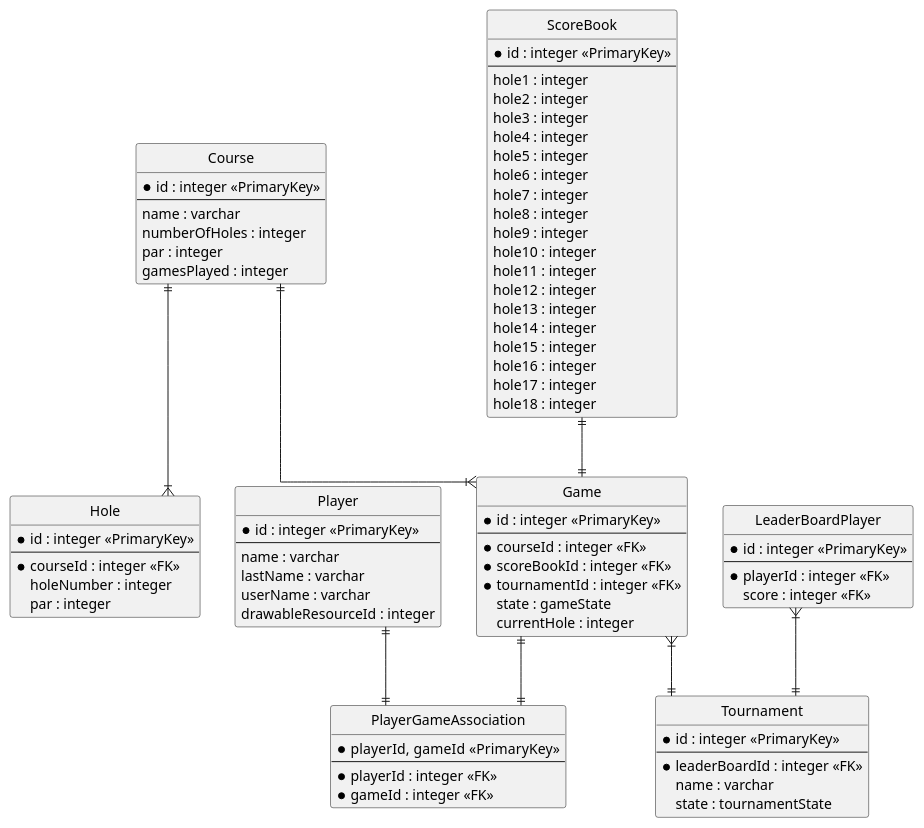
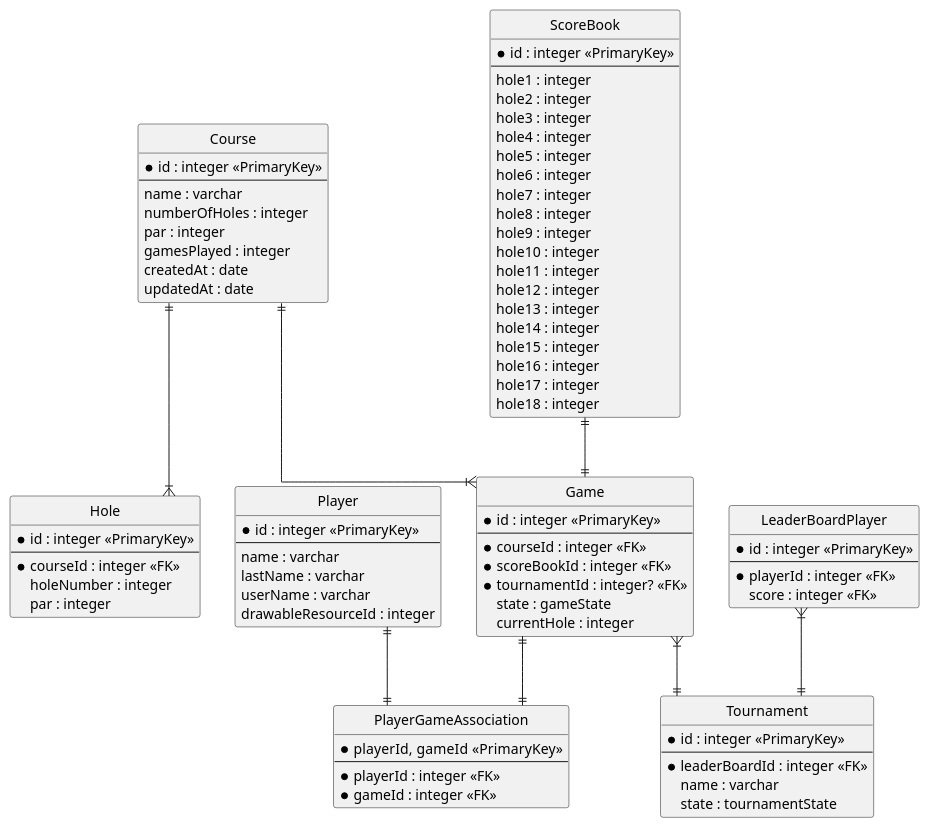
The diagram in src/database_diagram.puml (MindeurFou/golfbook-backend), drawn with PlantUML before and after one commit. The commit also changed 1 other file, not shown here.

```diff
--- a/src/database_diagram.puml
+++ b/src/database_diagram.puml
@@ -1,96 +1,98 @@
 @startuml
 
 hide circle
 skinparam linetype ortho
 
 class Hole {
     * id : integer <<PrimaryKey>>
     ---
     * courseId : integer <<FK>>
     holeNumber : integer
     par : integer
 }
 
 class Course {
     * id : integer <<PrimaryKey>>
     ---
     name : varchar
     numberOfHoles : integer
     par : integer
     gamesPlayed : integer
+    createdAt : date
+    updatedAt : date
 }
 
 class Game {
     * id : integer <<PrimaryKey>>
     ---
     * courseId : integer <<FK>>
     * scoreBookId : integer <<FK>>
-    * tournamentId : integer <<FK>>
+    * tournamentId : integer? <<FK>>
     state : gameState
     currentHole : integer
 }
 
 class Player {
     * id : integer <<PrimaryKey>>
     ---
     name : varchar
     lastName : varchar
     userName : varchar
     drawableResourceId : integer
 }
 
 class PlayerGameAssociation {
     * playerId, gameId  <<PrimaryKey>>
     ---
     * playerId : integer <<FK>>
     * gameId : integer <<FK>>
 }
 
 class ScoreBook {
     * id : integer <<PrimaryKey>>
     ---
     hole1 : integer
     hole2 : integer
     hole3 : integer
     hole4 : integer
     hole5 : integer
     hole6 : integer
     hole7 : integer
     hole8 : integer
     hole9 : integer
     hole10 : integer
     hole11 : integer
     hole12 : integer
     hole13 : integer
     hole14 : integer
     hole15 : integer
     hole16 : integer
     hole17 : integer
     hole18 : integer
 }
 
 class Tournament {
     * id : integer <<PrimaryKey>>
     ---
     * leaderBoardId : integer <<FK>>
     name : varchar
     state : tournamentState
 }
 
 class LeaderBoardPlayer {
     * id : integer <<PrimaryKey>>
     ---
     * playerId : integer <<FK>>
     score : integer <<FK>>
 }
 
 
 Course ||--|{ Hole
 Course ||--|{ Game
 Player ||--|| PlayerGameAssociation
 Game ||--|| PlayerGameAssociation
 ScoreBook ||--|| Game
 Game }|--|| Tournament
 LeaderBoardPlayer }|--|| Tournament
 
 @enduml
```
